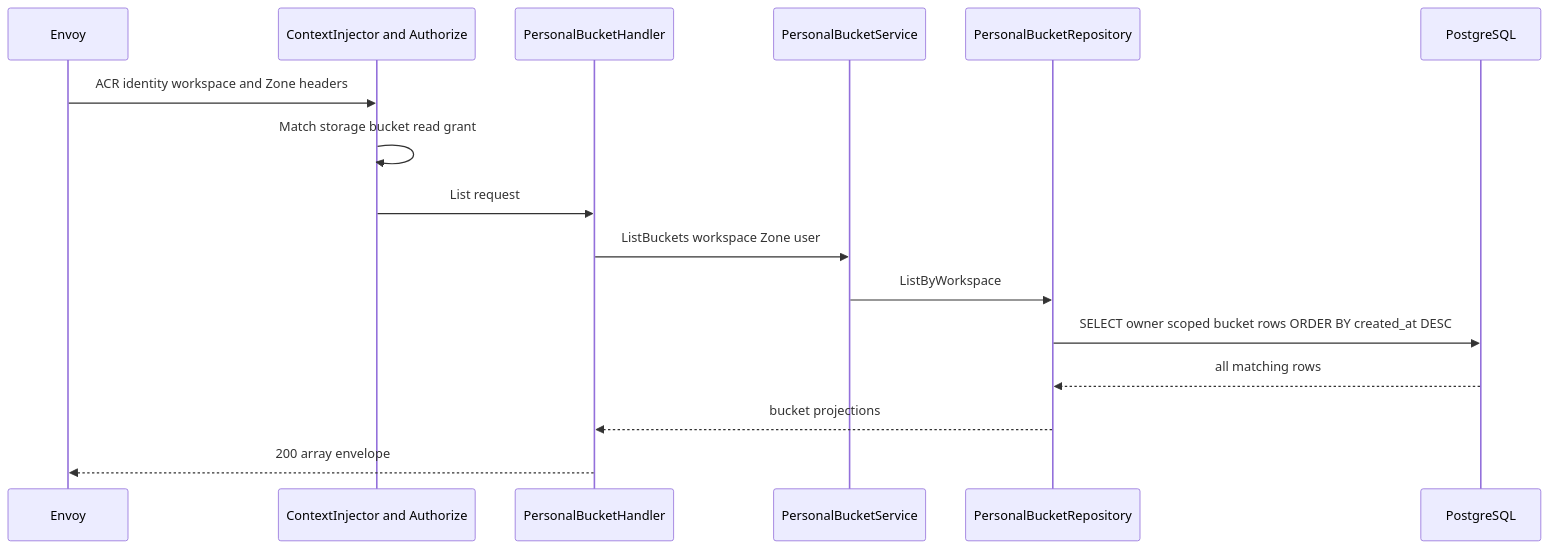
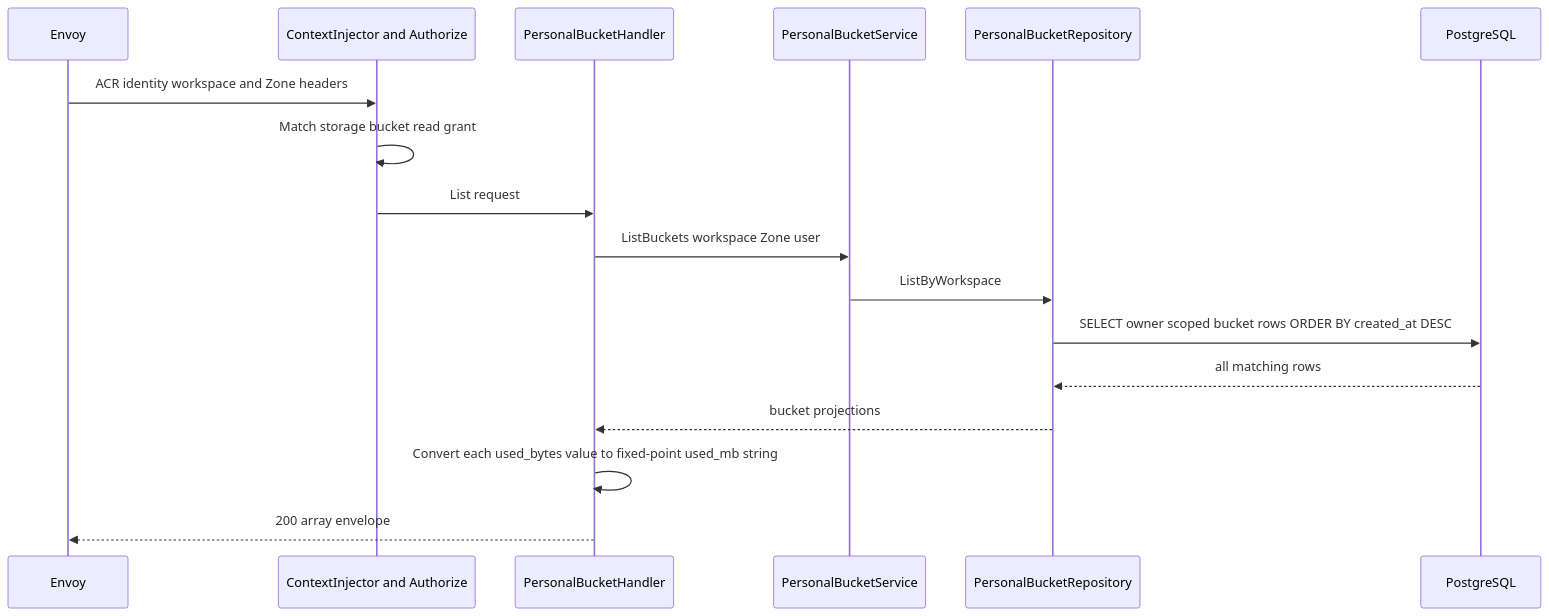
Before and after one commit to phucle996/aurora: the second of 2 diagrams in god_view/storage/personal_bucket_list_god_view_workflow.md, drawn with Mermaid. The commit also changed other lines of this file and 59 other files, not shown here.

````diff
--- a/god_view/storage/personal_bucket_list_god_view_workflow.md
+++ b/god_view/storage/personal_bucket_list_god_view_workflow.md
@@ -86,19 +86,20 @@
 ```mermaid
 sequenceDiagram
     participant E as Envoy
     participant M as ContextInjector and Authorize
     participant H as PersonalBucketHandler
     participant S as PersonalBucketService
     participant R as PersonalBucketRepository
     participant PG as PostgreSQL
 
     E->>M: ACR identity workspace and Zone headers
     M->>M: Match storage bucket read grant
     M->>H: List request
     H->>S: ListBuckets workspace Zone user
     S->>R: ListByWorkspace
     R->>PG: SELECT owner scoped bucket rows ORDER BY created_at DESC
     PG-->>R: all matching rows
     R-->>H: bucket projections
+    H->>H: Convert each used_bytes value to fixed-point used_mb string
     H-->>E: 200 array envelope
 ```
````
